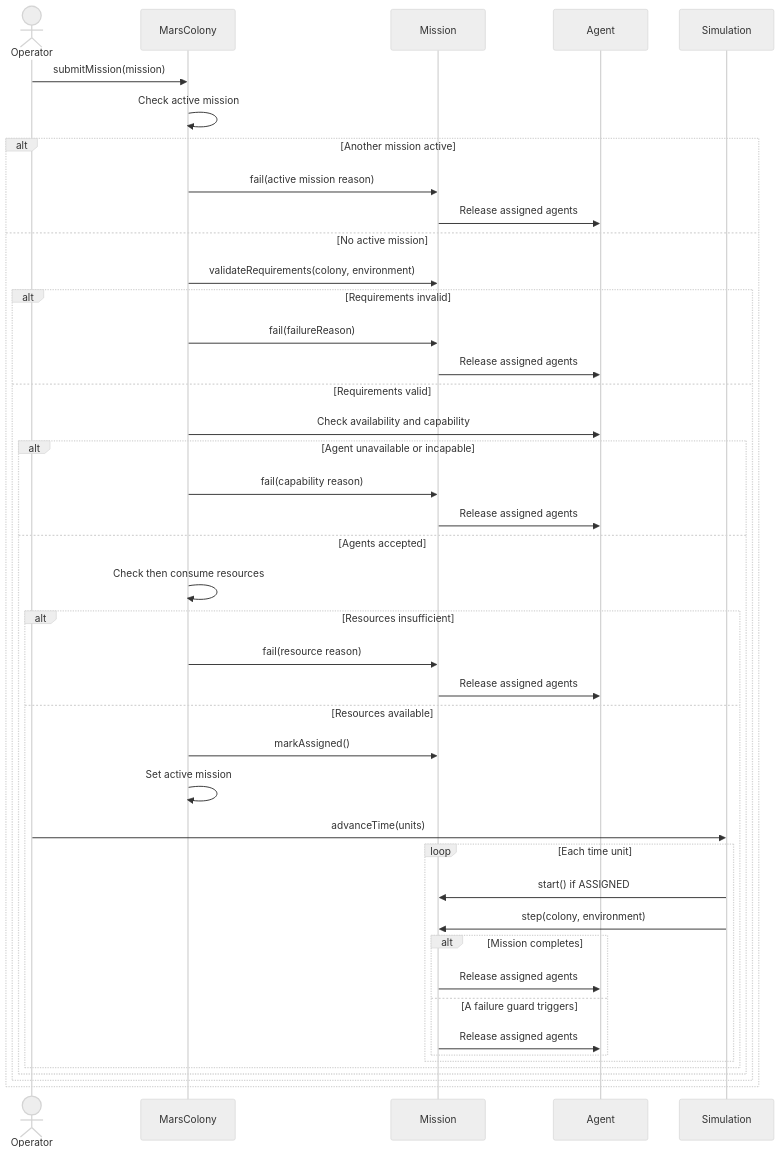
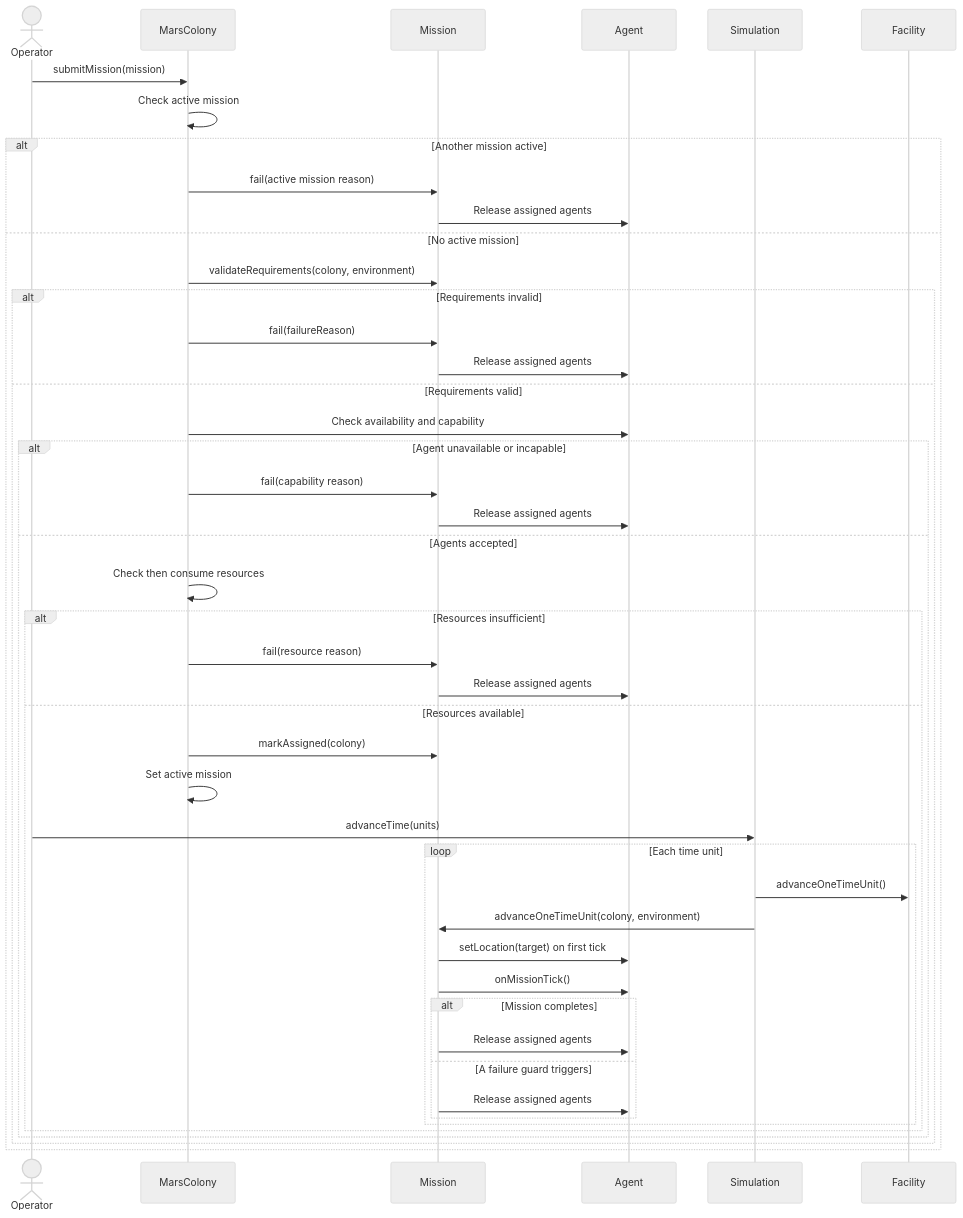
Before and after one commit to Toqa-Elsaqqa/MarsColony: the diagram in docs/sequence_A_mission_execution.md, drawn with Mermaid (neutral theme). The commit also changed 34 other files, not shown here.

````diff
--- a/docs/sequence_A_mission_execution.md
+++ b/docs/sequence_A_mission_execution.md
@@ -3,45 +3,47 @@
 ```mermaid
 sequenceDiagram
     actor Operator
     participant Colony as MarsColony
     participant Mission
     participant Agent
     participant Simulation
     Operator->>Colony: submitMission(mission)
     Colony->>Colony: Check active mission
     alt Another mission active
         Colony->>Mission: fail(active mission reason)
         Mission->>Agent: Release assigned agents
     else No active mission
         Colony->>Mission: validateRequirements(colony, environment)
         alt Requirements invalid
             Colony->>Mission: fail(failureReason)
             Mission->>Agent: Release assigned agents
         else Requirements valid
             Colony->>Agent: Check availability and capability
             alt Agent unavailable or incapable
                 Colony->>Mission: fail(capability reason)
                 Mission->>Agent: Release assigned agents
             else Agents accepted
                 Colony->>Colony: Check then consume resources
                 alt Resources insufficient
                     Colony->>Mission: fail(resource reason)
                     Mission->>Agent: Release assigned agents
                 else Resources available
-                    Colony->>Mission: markAssigned()
+                    Colony->>Mission: markAssigned(colony)
                     Colony->>Colony: Set active mission
                     Operator->>Simulation: advanceTime(units)
                     loop Each time unit
-                        Simulation->>Mission: start() if ASSIGNED
-                        Simulation->>Mission: step(colony, environment)
+                        Simulation->>Facility: advanceOneTimeUnit()
+                        Simulation->>Mission: advanceOneTimeUnit(colony, environment)
+                        Mission->>Agent: setLocation(target) on first tick
+                        Mission->>Agent: onMissionTick()
                         alt Mission completes
                             Mission->>Agent: Release assigned agents
                         else A failure guard triggers
                             Mission->>Agent: Release assigned agents
                         end
                     end
                 end
             end
         end
     end
 ```
````
